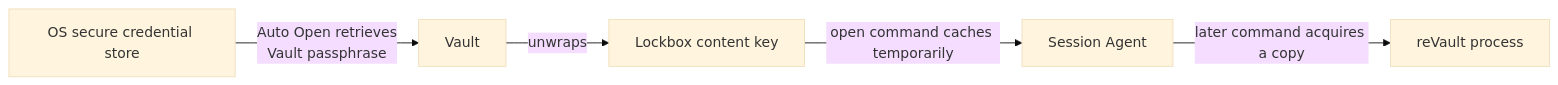
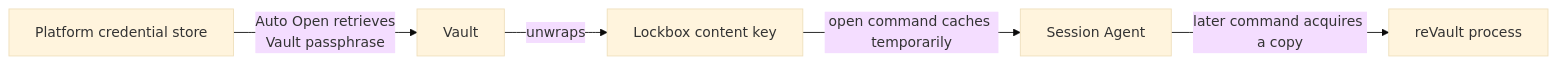
The diagram in manual/cli-tooling/session-management.md (onepub-dev/reVault), drawn with Mermaid (base theme) before and after one commit. The commit also changed other lines of this file and 114 other files, not shown here.

````diff
--- a/manual/cli-tooling/session-management.md
+++ b/manual/cli-tooling/session-management.md
@@ -10,7 +10,7 @@
 ```mermaid
 flowchart LR
-    OS[OS secure credential store] -->|Auto Open retrieves<br/>Vault passphrase| Vault[Vault]
+    OS[Platform credential store] -->|Auto Open retrieves<br/>Vault passphrase| Vault[Vault]
     Vault -->|unwraps| Key[Lockbox content key]
     Key -->|open command caches temporarily| Agent[Session Agent]
     Agent -->|later command acquires a copy| Process[reVault process]
 ```
````
